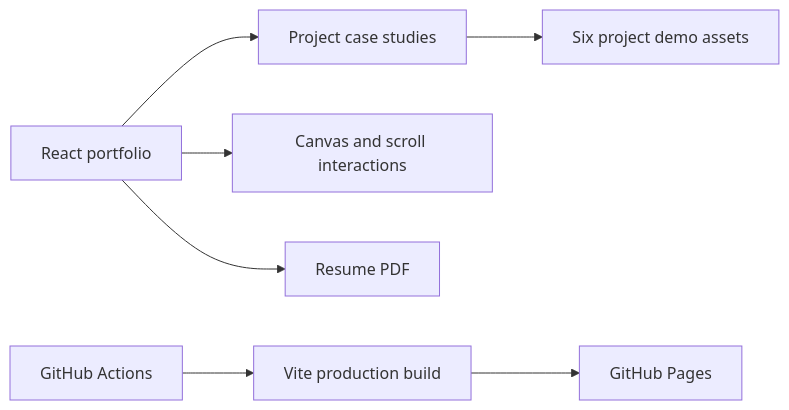
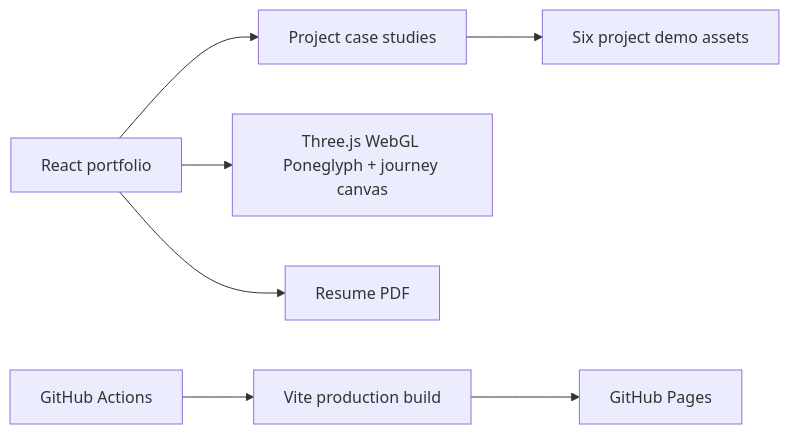
The diagram in README.md (NikithPrasad/NikithPrasad.github.io), drawn with Mermaid before and after one commit. The commit also changed other lines of this file and 6 other files, not shown here.

Commit message:
Add scroll-morphed Three.js Poneglyph showcase

````diff
--- a/README.md
+++ b/README.md
@@ -16,9 +16,9 @@
 ```mermaid
 flowchart LR
   A[React portfolio] --> B[Project case studies]
-  A --> C[Canvas and scroll interactions]
+  A --> C[Three.js WebGL Poneglyph + journey canvas]
   B --> D[Six project demo assets]
   A --> E[Resume PDF]
   F[GitHub Actions] --> G[Vite production build]
   G --> H[GitHub Pages]
 ```
````
